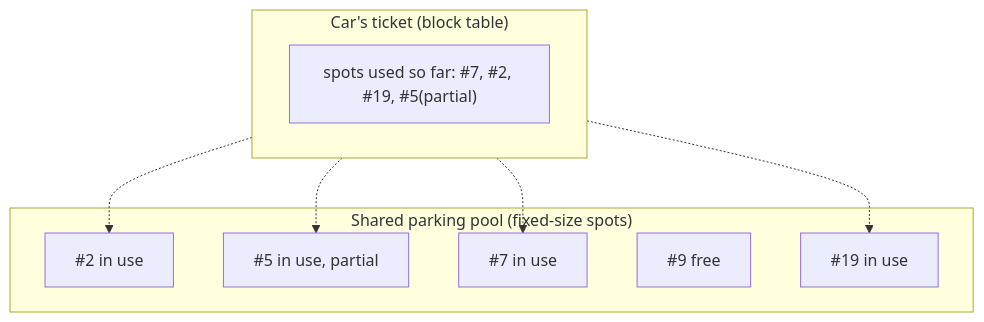
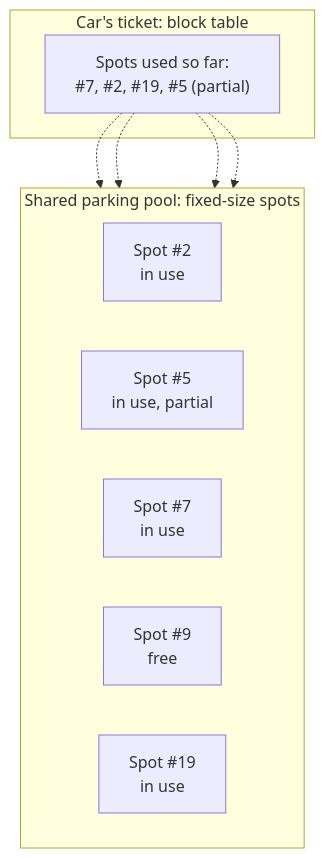
The sixth of 13 diagrams in system-design/HLD/0-course/42-Design-a-ChatGPT-System-FAANG-Guide-story.md (riyaz-pasha/Learnings), drawn with Mermaid before and after one commit. The commit also changed other lines of this file and 1 other file, not shown here.

Commit message:
[REWRITE] ChatGPT System story guide: simplify prose, add structure, fix diagrams

````diff
--- a/system-design/HLD/0-course/42-Design-a-ChatGPT-System-FAANG-Guide-story.md
+++ b/system-design/HLD/0-course/42-Design-a-ChatGPT-System-FAANG-Guide-story.md
@@ -146,17 +323,18 @@
 ```mermaid
 flowchart TD
-    subgraph Ticket["Car's ticket (block table)"]
-        T0["spots used so far: #7, #2, #19, #5(partial)"]
+    subgraph Ticket["Car's ticket: block table"]
+        T0["Spots used so far:<br/>#7, #2, #19, #5 (partial)"]
     end
-    subgraph Garage["Shared parking pool (fixed-size spots)"]
-        P2["#2 in use"]
-        P5["#5 in use, partial"]
-        P7["#7 in use"]
-        P9["#9 free"]
-        P19["#19 in use"]
+    subgraph Garage["Shared parking pool: fixed-size spots"]
+        direction LR
+        P2["Spot #2<br/>in use"]
+        P5["Spot #5<br/>in use, partial"]
+        P7["Spot #7<br/>in use"]
+        P9["Spot #9<br/>free"]
+        P19["Spot #19<br/>in use"]
     end
-    Ticket -.-> P7
-    Ticket -.-> P2
-    Ticket -.-> P19
-    Ticket -.-> P5
+    T0 -.-> P7
+    T0 -.-> P2
+    T0 -.-> P19
+    T0 -.-> P5
 ```
````
